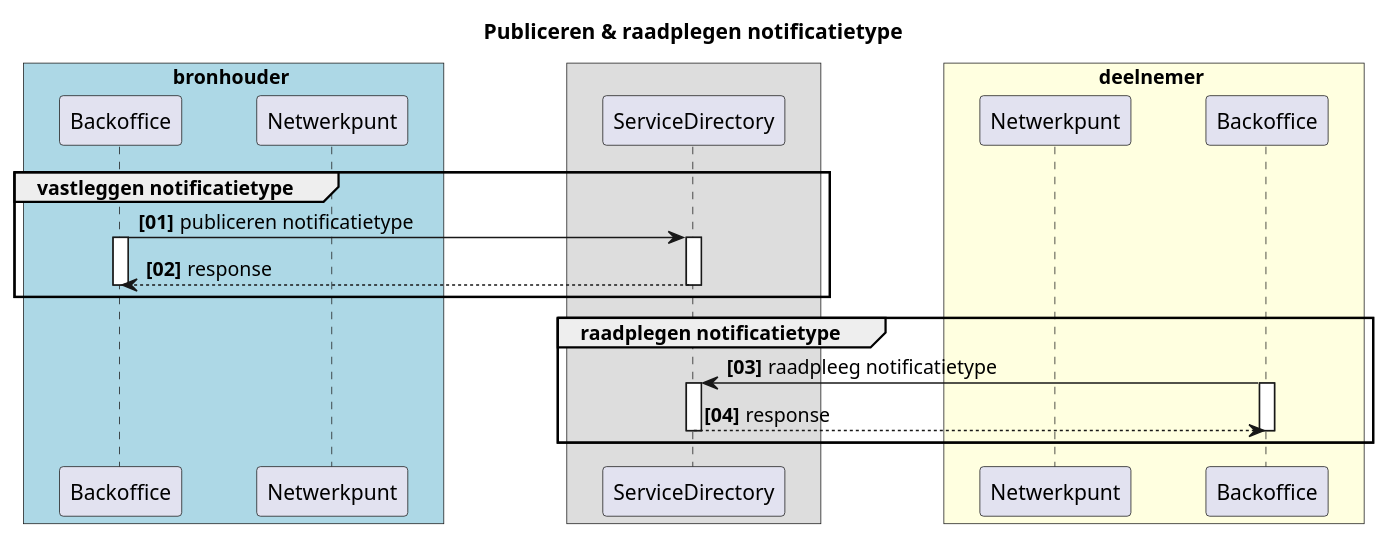
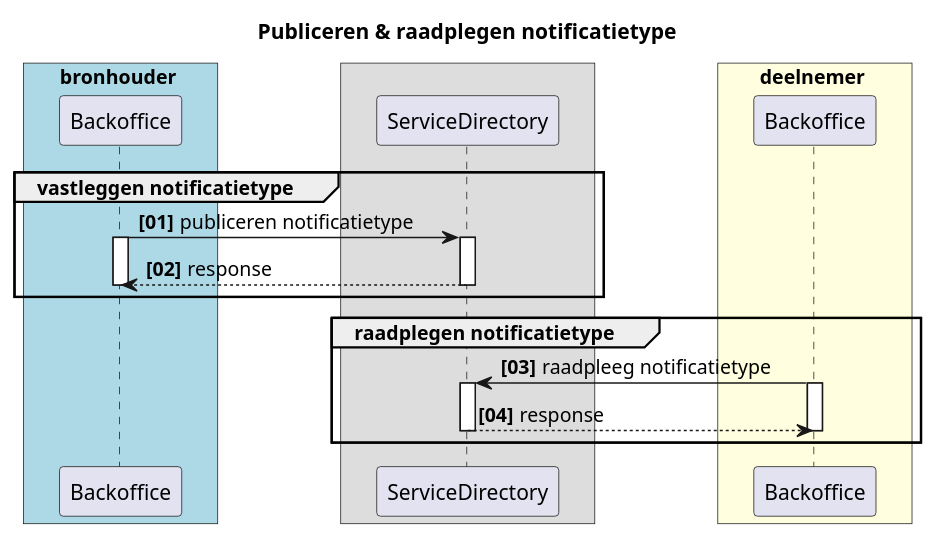
One commit to iStandaarden/iWlz-RequestForComment changed the third of 5 diagrams in RFC/RFC008 - Notificaties en Abonnementen.md. Above: the diagram before and after it, drawn with PlantUML. The commit also changed other lines of this file and 1 other file, not shown here.

````diff
--- a/RFC/RFC008 - Notificaties en Abonnementen.md
+++ b/RFC/RFC008 - Notificaties en Abonnementen.md
@@ -236,38 +235,36 @@
   ```plantuml
   @startuml rfc008-03-publiceren_raadplegen_notificatietype
   title Publiceren & raadplegen notificatietype
 
   skinparam handwritten false
   skinparam participantpadding 20
   skinparam boxpadding 40
   autonumber "<b>[00]"
   box bronhouder #lightblue
   participant "Backoffice" as bs
-  participant "Netwerkpunt" as bnp 
   end box
 
   box 
   participant "ServiceDirectory" as sd
   end box
 
   box deelnemer #lightyellow
-  participant "Netwerkpunt" as dnp
   participant "Backoffice" as dbs
   end box
   group vastleggen notificatietype
 
     bs -> sd : publiceren notificatietype
     activate bs
     activate sd
     return response
     deactivate bs
   end
   group raadplegen notificatietype
     dbs -> sd: raadpleeg notificatietype
     activate dbs
     activate sd 
     return response
     deactivate dbs
   end
   @enduml
   ```
````
